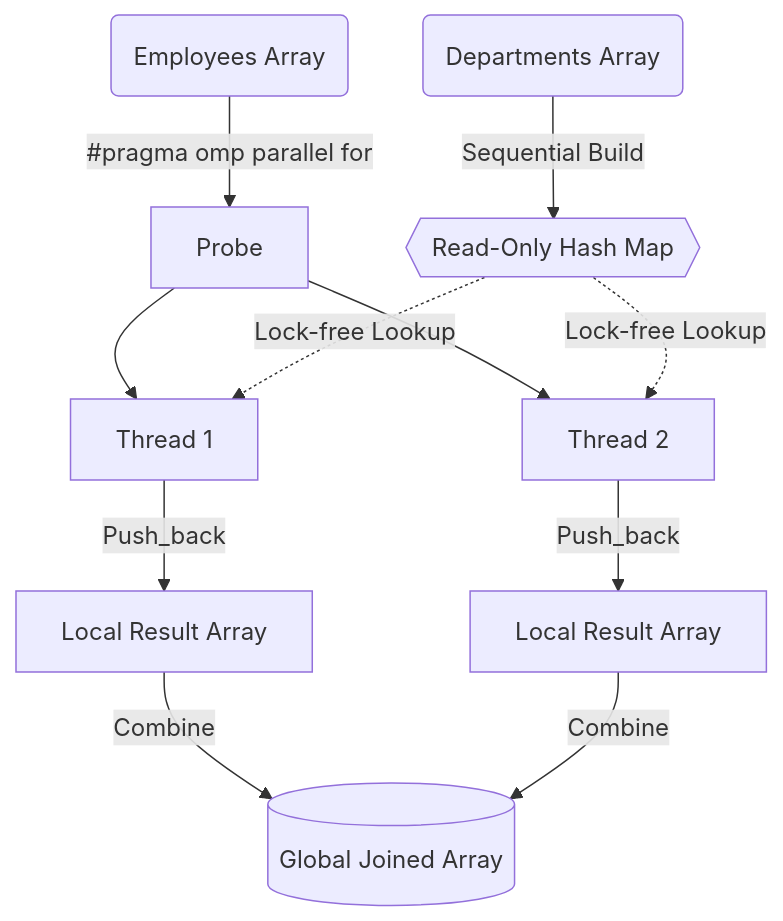
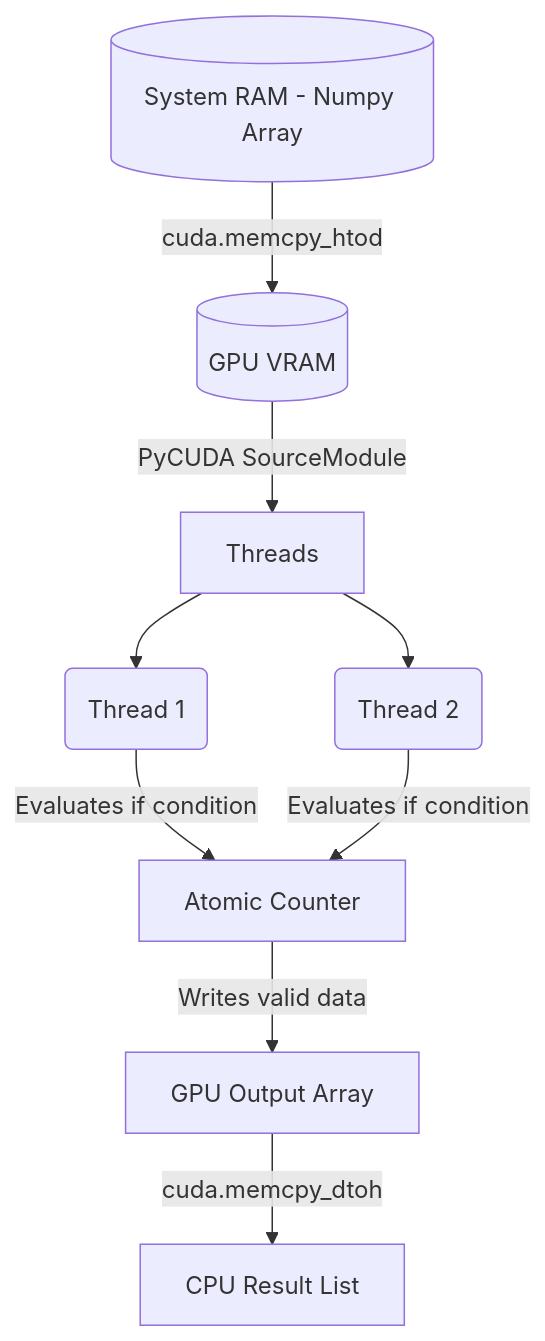
The third of 4 diagrams in flow.md (PmCoder26/hpc-mini-project), drawn with Mermaid before and after one commit. The commit also changed other lines of this file and 8 other files, not shown here.

````diff
--- a/flow.md
+++ b/flow.md
@@ -72,13 +42,11 @@
 ```mermaid
 graph TD
-    S(Departments Array) -->|Sequential Build| HM{{Read-Only Hash Map}}
-    M(Employees Array) -->|#pragma omp parallel for| Probe
-    Probe --> T1[Thread 1]
-    Probe --> T2[Thread 2]
-    HM -.->|Lock-free Lookup| T1
-    HM -.->|Lock-free Lookup| T2
-    T1 -->|Push_back| L1[Local Result Array]
-    T2 -->|Push_back| L2[Local Result Array]
-    L1 -->|Combine| G[(Global Joined Array)]
-    L2 -->|Combine| G
+    CPU[(System RAM - Numpy Array)] -->|cuda.memcpy_htod| GPU_VRAM[(GPU VRAM)]
+    GPU_VRAM -->|PyCUDA SourceModule| Threads
+    Threads --> T1(Thread 1)
+    Threads --> T2(Thread 2)
+    T1 -->|Evaluates if condition| AL[Atomic Counter]
+    T2 -->|Evaluates if condition| AL
+    AL -->|Writes valid data| Out_VRAM[GPU Output Array]
+    Out_VRAM -->|cuda.memcpy_dtoh| C[CPU Result List]
 ```
````
